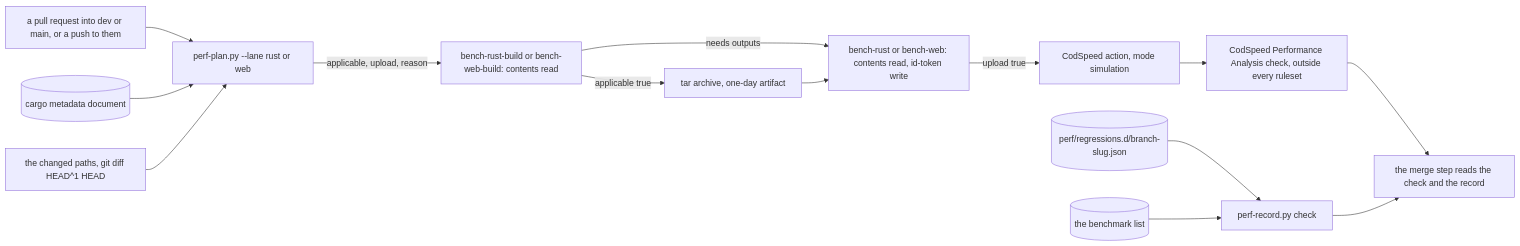
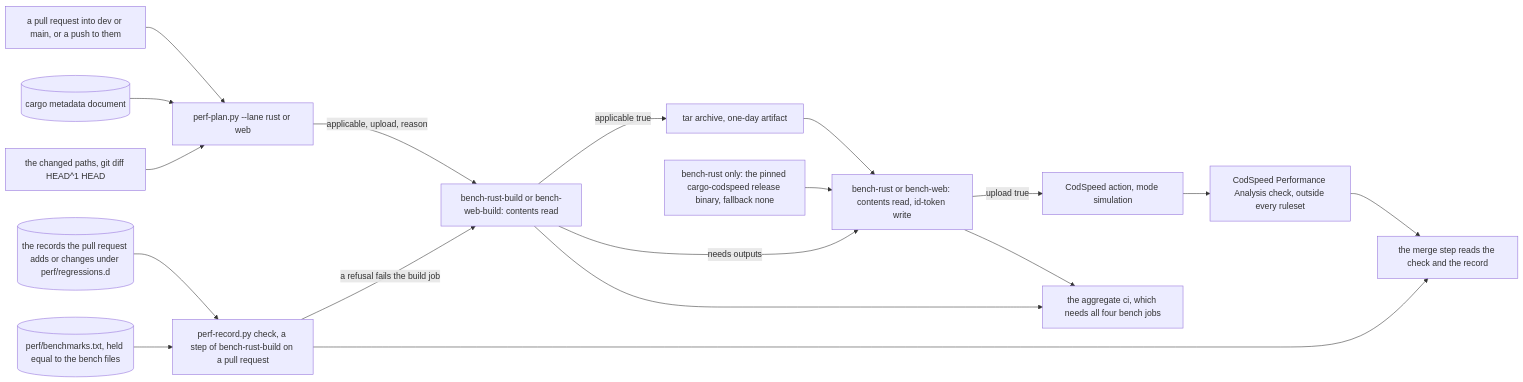
The diagram in docs/schematics/codspeed-benches.md (RexRenatus/deck-streak), drawn with Mermaid before and after one commit. The commit also changed other lines of this file and 1 other file, not shown here.

Commit message:
docs(perf): add the record check to ADR-640 and the schematic

````diff
--- a/docs/schematics/codspeed-benches.md
+++ b/docs/schematics/codspeed-benches.md
@@ -9,16 +11,20 @@
 ```mermaid
 flowchart LR
   run["a pull request into dev or main, or a push to them"] --> plan["perf-plan.py --lane rust or web"]
   meta[("cargo metadata document")] --> plan
   diff["the changed paths, git diff HEAD^1 HEAD"] --> plan
   plan -->|"applicable, upload, reason"| build["bench-rust-build or bench-web-build: contents read"]
   build -->|"applicable true"| archive["tar archive, one-day artifact"]
   build -->|"needs outputs"| upload["bench-rust or bench-web: contents read, id-token write"]
   archive --> upload
+  tool["bench-rust only: the pinned cargo-codspeed release binary, fallback none"] --> upload
   upload -->|"upload true"| action["CodSpeed action, mode simulation"]
   action --> check["CodSpeed Performance Analysis check, outside every ruleset"]
-  record[("perf/regressions.d/branch-slug.json")] --> rec["perf-record.py check"]
-  names[("the benchmark list")] --> rec
+  record[("the records the pull request adds or changes under perf/regressions.d")] --> rec["perf-record.py check, a step of bench-rust-build on a pull request"]
+  names[("perf/benchmarks.txt, held equal to the bench files")] --> rec
+  rec -->|"a refusal fails the build job"| build
+  build --> ci["the aggregate ci, which needs all four bench jobs"]
+  upload --> ci
   check --> merge["the merge step reads the check and the record"]
   rec --> merge
 ```
````
